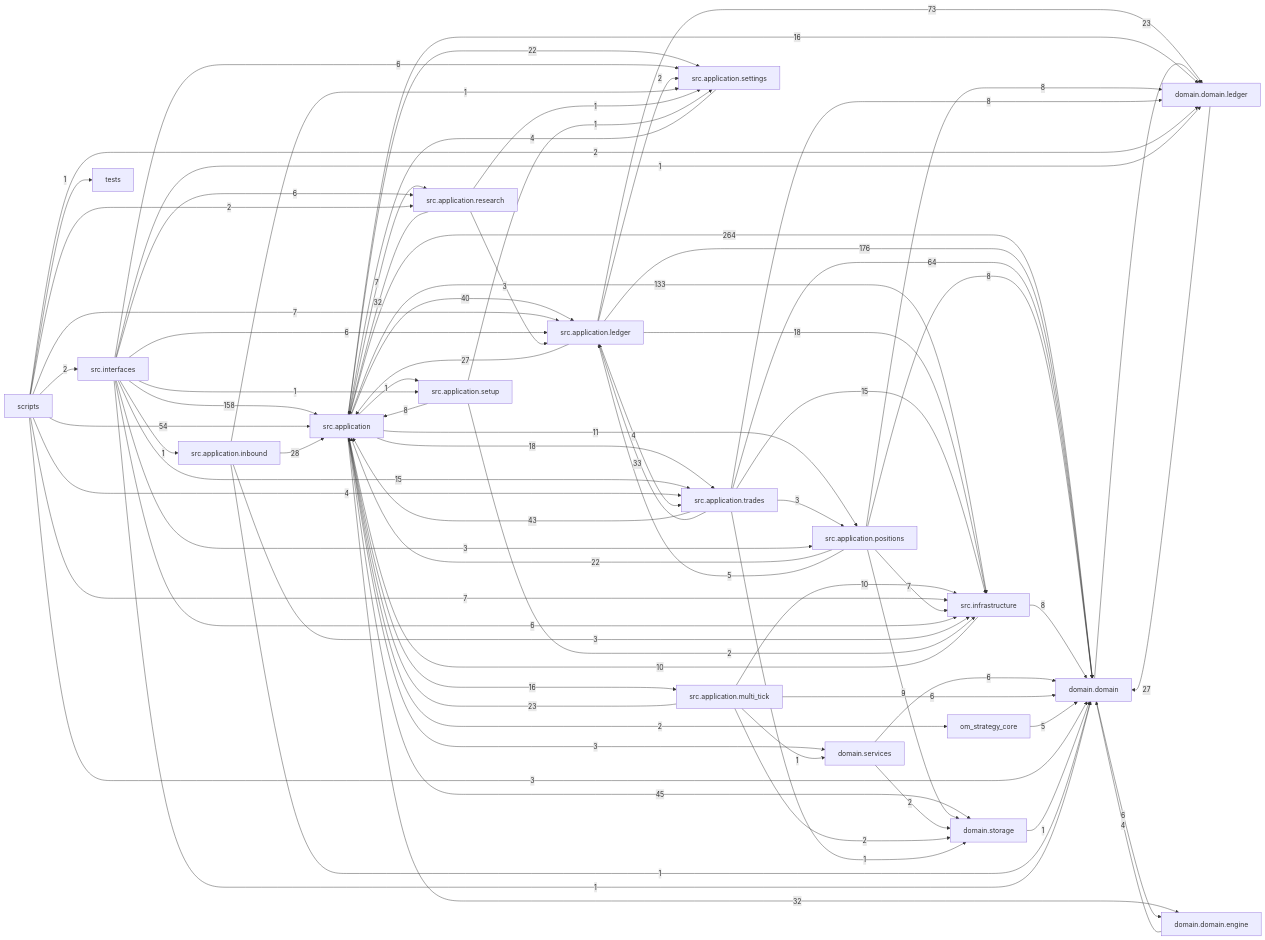
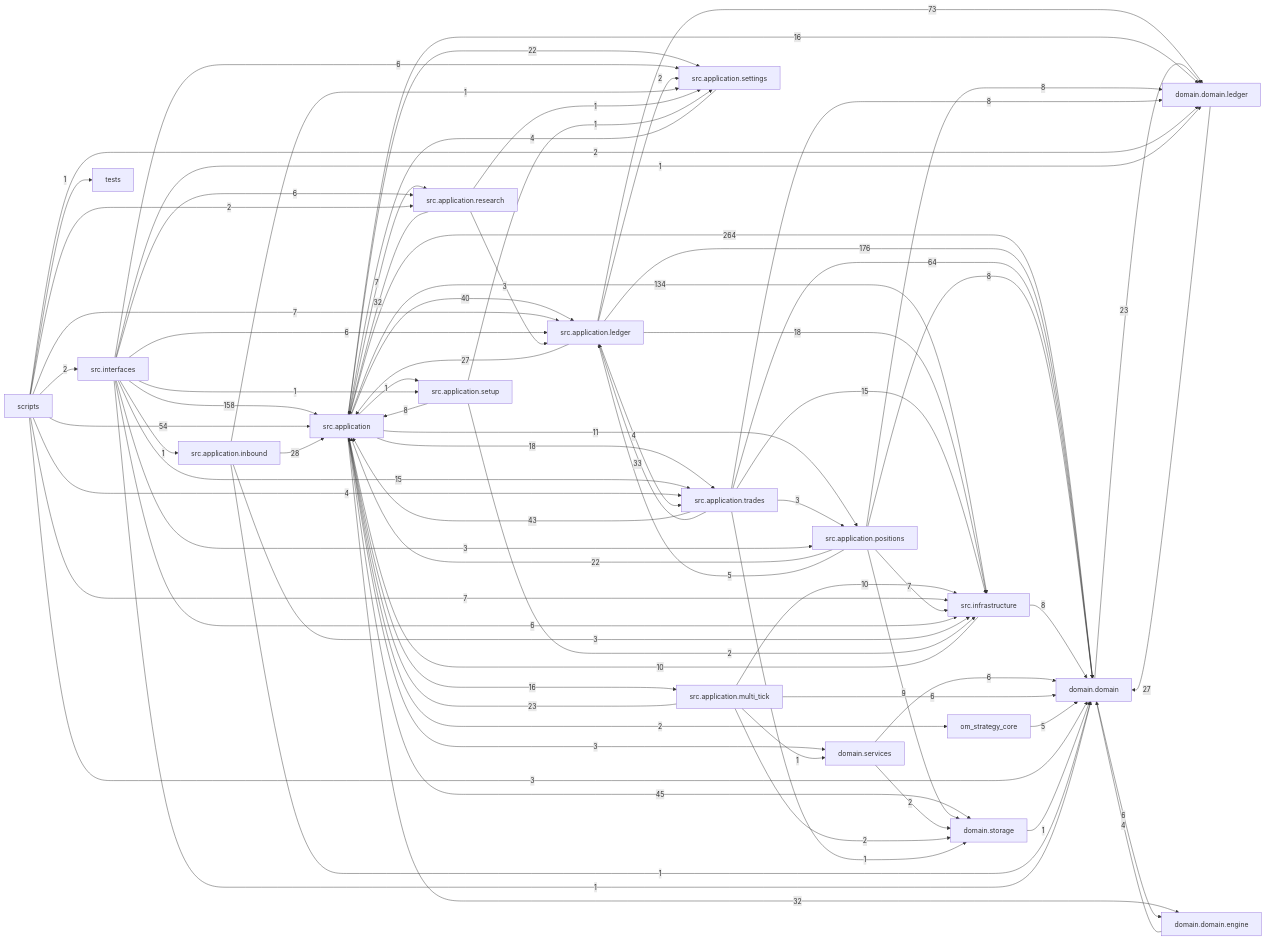
Before and after one commit to liuxie066/options-monitor: the diagram in docs/dependency_graph.mmd, drawn with Mermaid. The commit also changed 12 other files, not shown here.

```diff
--- a/docs/dependency_graph.mmd
+++ b/docs/dependency_graph.mmd
@@ -1,80 +1,80 @@
 flowchart LR
   src_application["src.application"] -->|264| domain_domain["domain.domain"]
   src_application_ledger["src.application.ledger"] -->|176| domain_domain["domain.domain"]
   src_interfaces["src.interfaces"] -->|158| src_application["src.application"]
-  src_application["src.application"] -->|133| src_infrastructure["src.infrastructure"]
+  src_application["src.application"] -->|134| src_infrastructure["src.infrastructure"]
   src_application_ledger["src.application.ledger"] -->|73| domain_domain_ledger["domain.domain.ledger"]
   src_application_trades["src.application.trades"] -->|64| domain_domain["domain.domain"]
   scripts["scripts"] -->|54| src_application["src.application"]
   src_application["src.application"] -->|45| domain_storage["domain.storage"]
   src_application_trades["src.application.trades"] -->|43| src_application["src.application"]
   src_application["src.application"] -->|40| src_application_ledger["src.application.ledger"]
   src_application_trades["src.application.trades"] -->|33| src_application_ledger["src.application.ledger"]
   src_application["src.application"] -->|32| domain_domain_engine["domain.domain.engine"]
   src_application_research["src.application.research"] -->|32| src_application["src.application"]
   src_application_inbound["src.application.inbound"] -->|28| src_application["src.application"]
   domain_domain_ledger["domain.domain.ledger"] -->|27| domain_domain["domain.domain"]
   src_application_ledger["src.application.ledger"] -->|27| src_application["src.application"]
   domain_domain["domain.domain"] -->|23| domain_domain_ledger["domain.domain.ledger"]
   src_application_multi_tick["src.application.multi_tick"] -->|23| src_application["src.application"]
   src_application["src.application"] -->|22| src_application_settings["src.application.settings"]
   src_application_positions["src.application.positions"] -->|22| src_application["src.application"]
   src_application["src.application"] -->|18| src_application_trades["src.application.trades"]
   src_application_ledger["src.application.ledger"] -->|18| src_infrastructure["src.infrastructure"]
   src_application["src.application"] -->|16| domain_domain_ledger["domain.domain.ledger"]
   src_application["src.application"] -->|16| src_application_multi_tick["src.application.multi_tick"]
   src_application_trades["src.application.trades"] -->|15| src_infrastructure["src.infrastructure"]
   src_interfaces["src.interfaces"] -->|15| src_application_trades["src.application.trades"]
   src_application["src.application"] -->|11| src_application_positions["src.application.positions"]
   src_application_multi_tick["src.application.multi_tick"] -->|10| src_infrastructure["src.infrastructure"]
   src_infrastructure["src.infrastructure"] -->|10| src_application["src.application"]
   src_application_positions["src.application.positions"] -->|9| domain_storage["domain.storage"]
   src_application_positions["src.application.positions"] -->|8| domain_domain["domain.domain"]
   src_application_positions["src.application.positions"] -->|8| domain_domain_ledger["domain.domain.ledger"]
   src_application_setup["src.application.setup"] -->|8| src_application["src.application"]
   src_application_trades["src.application.trades"] -->|8| domain_domain_ledger["domain.domain.ledger"]
   src_infrastructure["src.infrastructure"] -->|8| domain_domain["domain.domain"]
   scripts["scripts"] -->|7| src_application_ledger["src.application.ledger"]
   scripts["scripts"] -->|7| src_infrastructure["src.infrastructure"]
   src_application["src.application"] -->|7| src_application_research["src.application.research"]
   src_application_positions["src.application.positions"] -->|7| src_infrastructure["src.infrastructure"]
   domain_domain["domain.domain"] -->|6| domain_domain_engine["domain.domain.engine"]
   domain_services["domain.services"] -->|6| domain_domain["domain.domain"]
   src_application_multi_tick["src.application.multi_tick"] -->|6| domain_domain["domain.domain"]
   src_interfaces["src.interfaces"] -->|6| src_application_ledger["src.application.ledger"]
   src_interfaces["src.interfaces"] -->|6| src_application_research["src.application.research"]
   src_interfaces["src.interfaces"] -->|6| src_application_settings["src.application.settings"]
   src_interfaces["src.interfaces"] -->|6| src_infrastructure["src.infrastructure"]
   om_strategy_core["om_strategy_core"] -->|5| domain_domain["domain.domain"]
   src_application_positions["src.application.positions"] -->|5| src_application_ledger["src.application.ledger"]
   domain_domain_engine["domain.domain.engine"] -->|4| domain_domain["domain.domain"]
   scripts["scripts"] -->|4| src_application_trades["src.application.trades"]
   src_application_ledger["src.application.ledger"] -->|4| src_application_trades["src.application.trades"]
   src_application_settings["src.application.settings"] -->|4| src_application["src.application"]
   scripts["scripts"] -->|3| domain_domain["domain.domain"]
   src_application["src.application"] -->|3| domain_services["domain.services"]
   src_application_inbound["src.application.inbound"] -->|3| src_infrastructure["src.infrastructure"]
   src_application_research["src.application.research"] -->|3| src_application_ledger["src.application.ledger"]
   src_application_trades["src.application.trades"] -->|3| src_application_positions["src.application.positions"]
   src_interfaces["src.interfaces"] -->|3| src_application_positions["src.application.positions"]
   domain_services["domain.services"] -->|2| domain_storage["domain.storage"]
   scripts["scripts"] -->|2| domain_domain_ledger["domain.domain.ledger"]
   scripts["scripts"] -->|2| src_application_research["src.application.research"]
   scripts["scripts"] -->|2| src_interfaces["src.interfaces"]
   src_application["src.application"] -->|2| om_strategy_core["om_strategy_core"]
   src_application_ledger["src.application.ledger"] -->|2| src_application_settings["src.application.settings"]
   src_application_multi_tick["src.application.multi_tick"] -->|2| domain_storage["domain.storage"]
   src_application_setup["src.application.setup"] -->|2| src_infrastructure["src.infrastructure"]
   domain_storage["domain.storage"] -->|1| domain_domain["domain.domain"]
   scripts["scripts"] -->|1| tests["tests"]
   src_application["src.application"] -->|1| src_application_setup["src.application.setup"]
   src_application_inbound["src.application.inbound"] -->|1| domain_domain["domain.domain"]
   src_application_inbound["src.application.inbound"] -->|1| src_application_settings["src.application.settings"]
   src_application_multi_tick["src.application.multi_tick"] -->|1| domain_services["domain.services"]
   src_application_research["src.application.research"] -->|1| src_application_settings["src.application.settings"]
   src_application_setup["src.application.setup"] -->|1| src_application_settings["src.application.settings"]
   src_application_trades["src.application.trades"] -->|1| domain_storage["domain.storage"]
   src_interfaces["src.interfaces"] -->|1| domain_domain["domain.domain"]
   src_interfaces["src.interfaces"] -->|1| domain_domain_ledger["domain.domain.ledger"]
   src_interfaces["src.interfaces"] -->|1| src_application_inbound["src.application.inbound"]
   src_interfaces["src.interfaces"] -->|1| src_application_setup["src.application.setup"]
```
